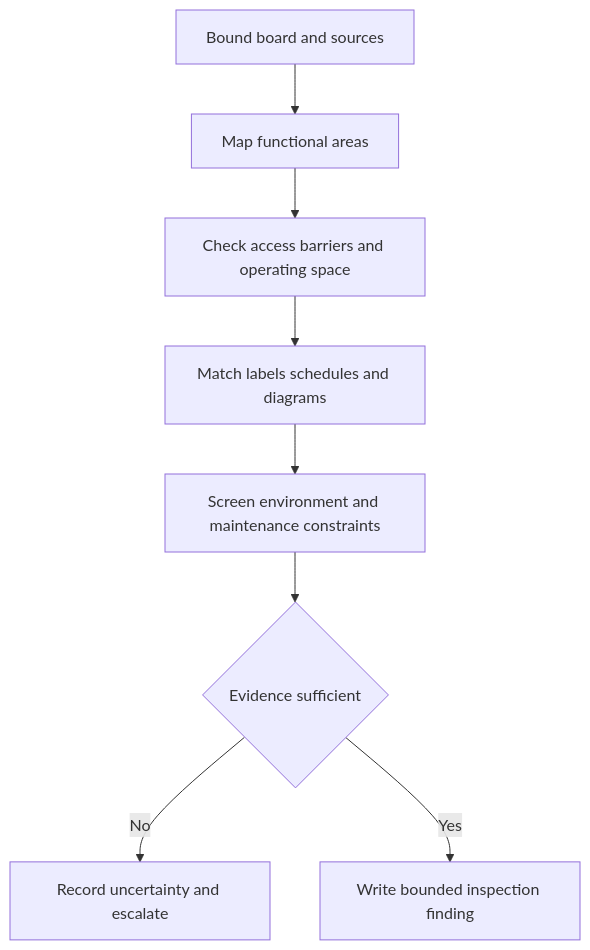
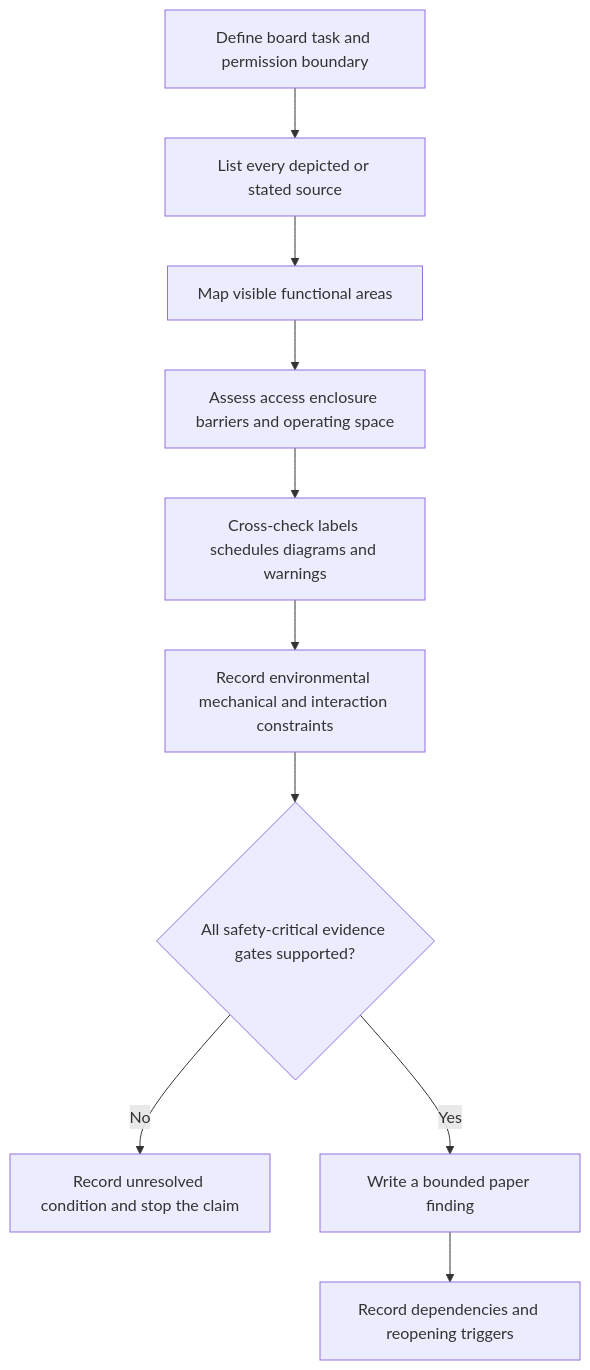
Before and after one commit to andrew3stedall/capstone: the first of 2 diagrams in docs/learning-plans/6-week/modules/day-24-switchboard-functional-areas-accessibility-and-identification.md, drawn with Mermaid. The commit also changed other lines of this file and 4 other files, not shown here.

````diff
--- a/docs/learning-plans/6-week/modules/day-24-switchboard-functional-areas-accessibility-and-identification.md
+++ b/docs/learning-plans/6-week/modules/day-24-switchboard-functional-areas-accessibility-and-identification.md
@@ -53,10 +100,12 @@
 ```mermaid
 flowchart TD
-    A[Bound board and sources] --> B[Map functional areas]
-    B --> C[Check access barriers and operating space]
-    C --> D[Match labels schedules and diagrams]
-    D --> E[Screen environment and maintenance constraints]
-    E --> F{Evidence sufficient}
-    F -->|No| G[Record uncertainty and escalate]
-    F -->|Yes| H[Write bounded inspection finding]
+    A[Define board task and permission boundary] --> B[List every depicted or stated source]
+    B --> C[Map visible functional areas]
+    C --> D[Assess access enclosure barriers and operating space]
+    D --> E[Cross-check labels schedules diagrams and warnings]
+    E --> F[Record environmental mechanical and interaction constraints]
+    F --> G{All safety-critical evidence gates supported?}
+    G -->|No| H[Record unresolved condition and stop the claim]
+    G -->|Yes| I[Write a bounded paper finding]
+    I --> J[Record dependencies and reopening triggers]
 ```
````
